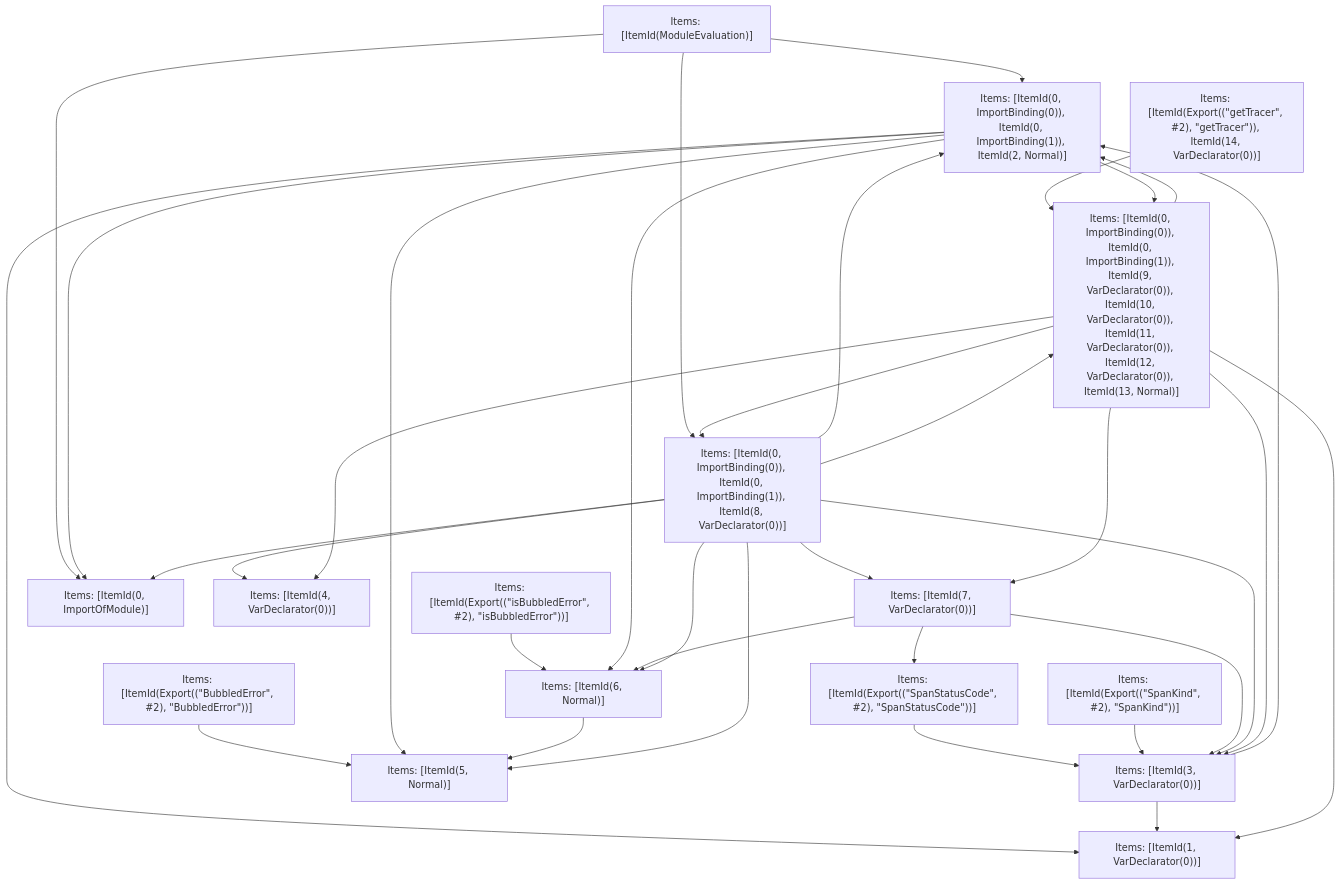
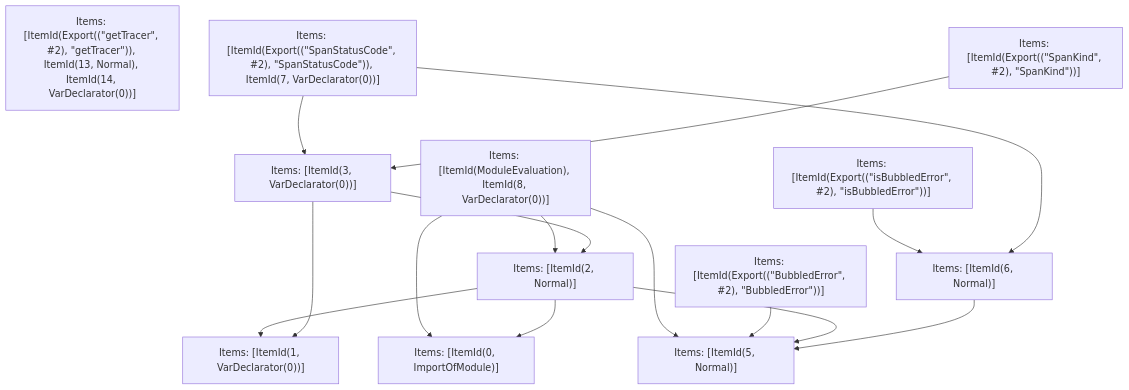
The fifth of 5 diagrams in crates/turbopack-ecmascript/tests/tree-shaker/analyzer/nextjs-tracer/output.md (vercel/turborepo), drawn with Mermaid before and after one commit. The commit also changed other lines of this file and 3 other files, not shown here.

````diff
--- a/crates/turbopack-ecmascript/tests/tree-shaker/analyzer/nextjs-tracer/output.md
+++ b/crates/turbopack-ecmascript/tests/tree-shaker/analyzer/nextjs-tracer/output.md
@@ -614,52 +566,29 @@
 ```mermaid
 graph TD
-    N0["Items: [ItemId(ModuleEvaluation)]"];
+    N0["Items: [ItemId(ModuleEvaluation), ItemId(8, VarDeclarator(0))]"];
     N1["Items: [ItemId(Export((&quot;BubbledError&quot;, #2), &quot;BubbledError&quot;))]"];
     N2["Items: [ItemId(Export((&quot;isBubbledError&quot;, #2), &quot;isBubbledError&quot;))]"];
-    N3["Items: [ItemId(Export((&quot;getTracer&quot;, #2), &quot;getTracer&quot;)), ItemId(14, VarDeclarator(0))]"];
-    N4["Items: [ItemId(Export((&quot;SpanStatusCode&quot;, #2), &quot;SpanStatusCode&quot;))]"];
+    N3["Items: [ItemId(Export((&quot;getTracer&quot;, #2), &quot;getTracer&quot;)), ItemId(13, Normal), ItemId(14, VarDeclarator(0))]"];
+    N4["Items: [ItemId(Export((&quot;SpanStatusCode&quot;, #2), &quot;SpanStatusCode&quot;)), ItemId(7, VarDeclarator(0))]"];
     N5["Items: [ItemId(Export((&quot;SpanKind&quot;, #2), &quot;SpanKind&quot;))]"];
     N6["Items: [ItemId(0, ImportOfModule)]"];
     N7["Items: [ItemId(1, VarDeclarator(0))]"];
-    N8["Items: [ItemId(0, ImportBinding(0)), ItemId(0, ImportBinding(1)), ItemId(2, Normal)]"];
+    N8["Items: [ItemId(2, Normal)]"];
     N9["Items: [ItemId(3, VarDeclarator(0))]"];
-    N10["Items: [ItemId(4, VarDeclarator(0))]"];
-    N11["Items: [ItemId(5, Normal)]"];
-    N12["Items: [ItemId(6, Normal)]"];
-    N13["Items: [ItemId(7, VarDeclarator(0))]"];
-    N14["Items: [ItemId(0, ImportBinding(0)), ItemId(0, ImportBinding(1)), ItemId(8, VarDeclarator(0))]"];
-    N15["Items: [ItemId(0, ImportBinding(0)), ItemId(0, ImportBinding(1)), ItemId(9, VarDeclarator(0)), ItemId(10, VarDeclarator(0)), ItemId(11, VarDeclarator(0)), ItemId(12, VarDeclarator(0)), ItemId(13, Normal)]"];
+    N10["Items: [ItemId(5, Normal)]"];
+    N11["Items: [ItemId(6, Normal)]"];
     N0 --> N6;
     N0 --> N8;
-    N0 --> N14;
-    N1 --> N11;
-    N2 --> N12;
-    N3 --> N15;
+    N0 --> N10;
+    N1 --> N10;
+    N2 --> N11;
     N4 --> N9;
+    N4 --> N11;
     N5 --> N9;
     N8 --> N7;
     N8 --> N6;
-    N8 --> N11;
-    N8 --> N12;
-    N8 --> N15;
+    N8 --> N10;
     N9 --> N7;
     N9 --> N8;
-    N12 --> N11;
-    N13 --> N12;
-    N13 --> N9;
-    N13 --> N4;
-    N14 --> N6;
-    N14 --> N8;
-    N14 --> N11;
-    N14 --> N12;
-    N14 --> N9;
-    N14 --> N15;
-    N14 --> N13;
-    N14 --> N10;
-    N15 --> N7;
-    N15 --> N8;
-    N15 --> N9;
-    N15 --> N14;
-    N15 --> N13;
-    N15 --> N10;
+    N11 --> N10;
 ```
````
